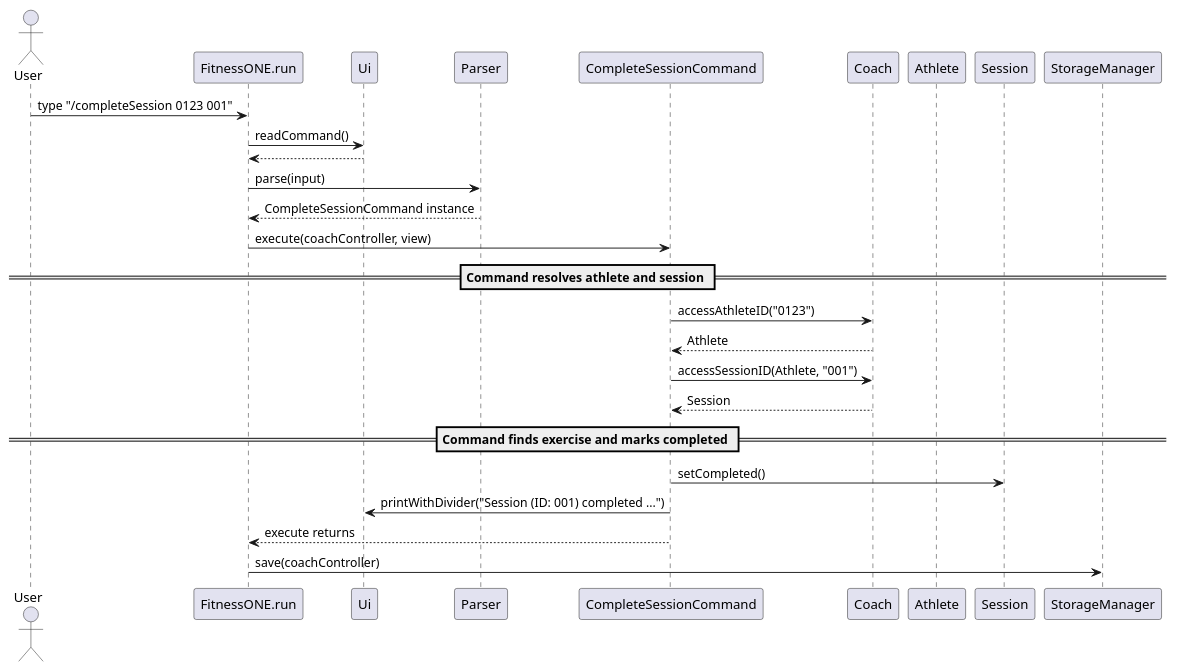
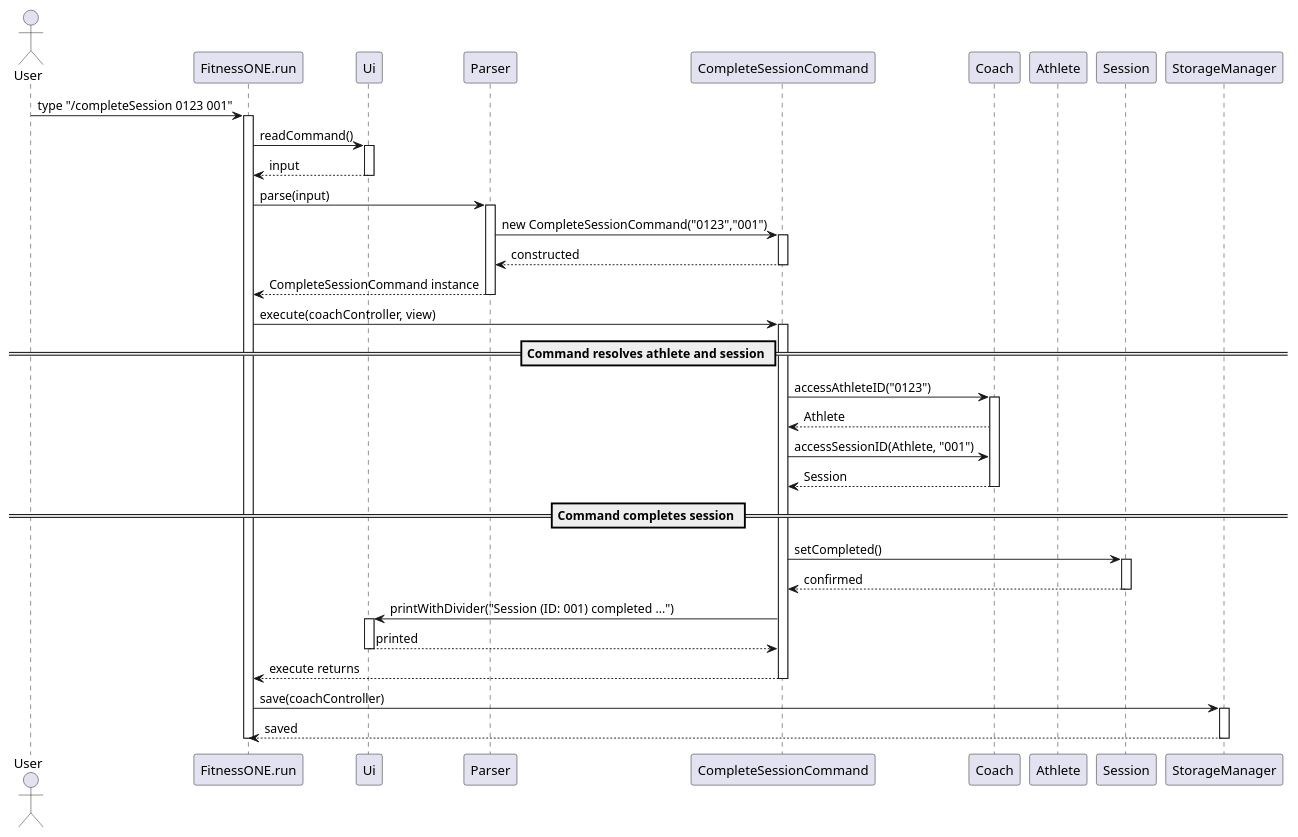
The diagram in docs/diagrams/CompleteSession_sequence.puml (AY2526S1-CS2113-W14-1/tp), drawn with PlantUML before and after one commit. The commit also changed 22 other files, not shown here.

Commit message:
modification after PE-dry run 1. indentation for printing new session 2. adding activation bar 3. adding exception to redundant inputs 4. adjusting inputs with extra space

```diff
--- a/docs/diagrams/CompleteSession_sequence.puml
+++ b/docs/diagrams/CompleteSession_sequence.puml
@@ -1,32 +1,59 @@
 @startuml
 actor User
 participant FitnessONE as "FitnessONE.run"
 participant Ui as "Ui"
 participant Parser as "Parser"
 participant CompleteCmd as "CompleteSessionCommand"
 participant Coach as "Coach"
 participant Athlete as "Athlete"
 participant Session as "Session"
 participant Storage as "StorageManager"
 
 User -> FitnessONE : type "/completeSession 0123 001"
+activate FitnessONE
+
 FitnessONE -> Ui : readCommand()
-Ui --> FitnessONE
+activate Ui
+Ui --> FitnessONE : input
+deactivate Ui
+
 FitnessONE -> Parser : parse(input)
+activate Parser
+' Parser constructs the command so activation bar starts at command header
+Parser -> CompleteCmd ++ : new CompleteSessionCommand("0123","001")
+CompleteCmd --> Parser -- : constructed
 Parser --> FitnessONE : CompleteSessionCommand instance
+deactivate Parser
+
 FitnessONE -> CompleteCmd : execute(coachController, view)
+activate CompleteCmd
 
 == Command resolves athlete and session ==
 CompleteCmd -> Coach : accessAthleteID("0123")
+activate Coach
 Coach --> CompleteCmd : Athlete
 CompleteCmd -> Coach : accessSessionID(Athlete, "001")
 Coach --> CompleteCmd : Session
+deactivate Coach
 
-== Command finds exercise and marks completed ==
+== Command completes session ==
 CompleteCmd -> Session : setCompleted()
+activate Session
+Session --> CompleteCmd : confirmed
+deactivate Session
+
 CompleteCmd -> Ui : printWithDivider("Session (ID: 001) completed ...")
+activate Ui
+Ui --> CompleteCmd : printed
+deactivate Ui
 
 CompleteCmd --> FitnessONE : execute returns
+deactivate CompleteCmd
+
 FitnessONE -> Storage : save(coachController)
+activate Storage
+Storage --> FitnessONE : saved
+deactivate Storage
 
+deactivate FitnessONE
 @enduml
```
